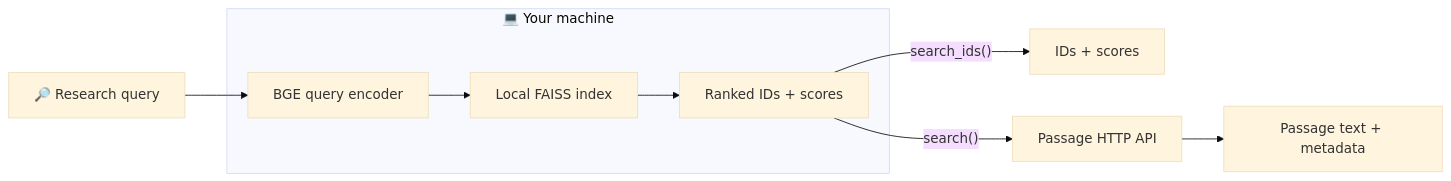
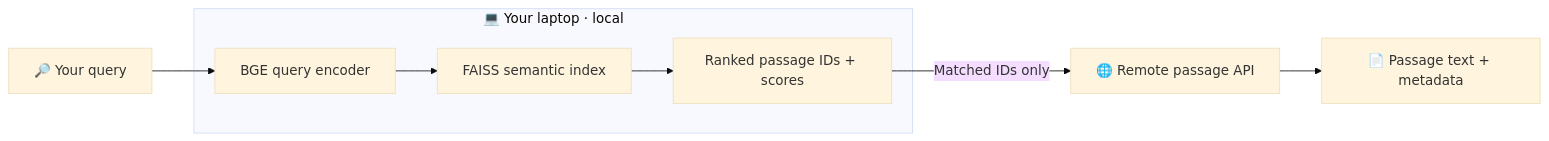
The diagram in README.md (my-unknown-account/LLMPreSS), drawn with Mermaid (base theme) before and after one commit. The commit also changed other lines of this file, not shown here.

````diff
--- a/README.md
+++ b/README.md
@@ -120,11 +92,10 @@
 ```mermaid
 flowchart LR
-    Q["🔎 Research query"] --> E
-    subgraph LOCAL["💻 Your machine"]
-        E["BGE query encoder"] --> I["Local FAISS index"]
-        I --> R["Ranked IDs + scores"]
+    Q["🔎 Your query"] --> E
+    subgraph LAPTOP["💻 Your laptop · local"]
+        E["BGE query encoder"] --> I["FAISS semantic index"]
+        I --> R["Ranked passage IDs + scores"]
     end
-    R -->|"search_ids()"| L["IDs + scores"]
-    R -->|"search()"| A["Passage HTTP API"]
-    A --> T["Passage text + metadata"]
+    R -->|"Matched IDs only"| A["🌐 Remote passage API"]
+    A --> T["📄 Passage text + metadata"]
 ```
````
